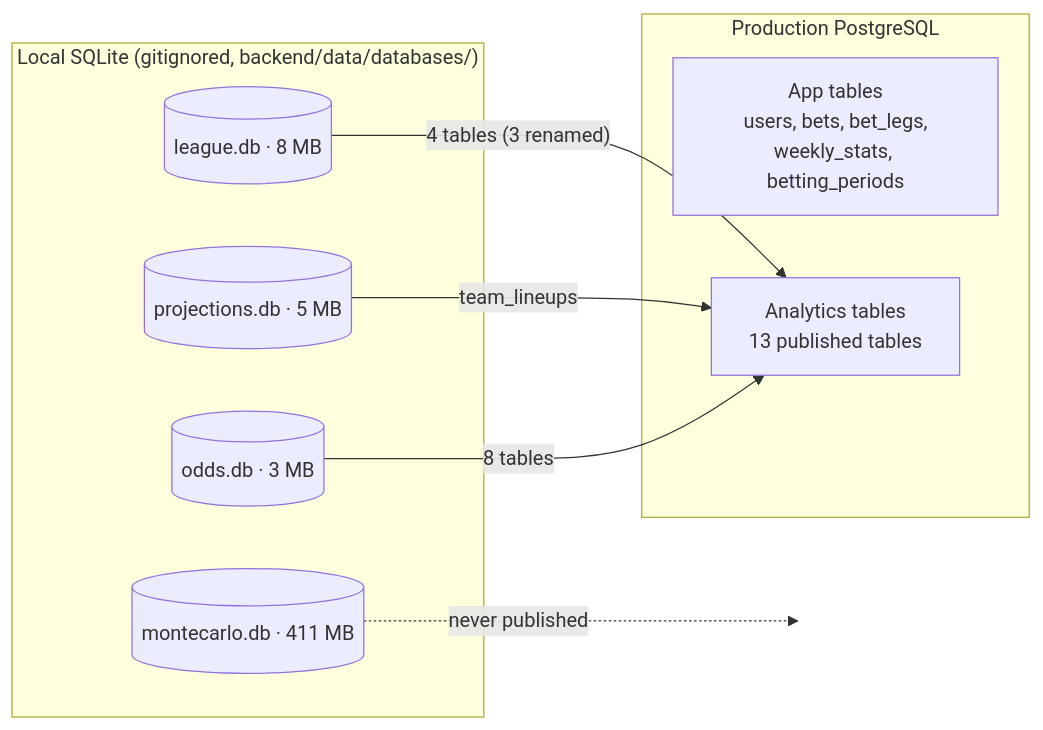
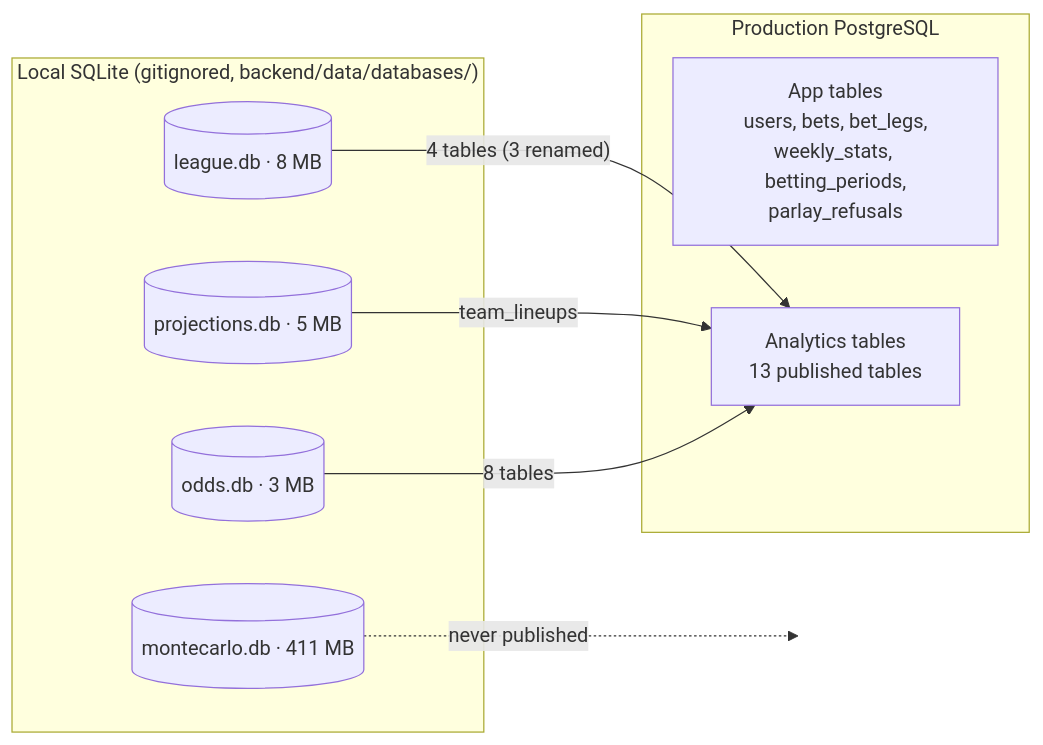
Before and after one commit to sfaizi24/TNCasino: the first of 3 diagrams in docs/architecture/04-data-model.md, drawn with Mermaid. The commit also changed other lines of this file and 3 other files, not shown here.

First line of the commit message:
Document parlays: the joint price, the refusals, settlement with pushed legs, the slip

````diff
--- a/docs/architecture/04-data-model.md
+++ b/docs/architecture/04-data-model.md
@@ -7,18 +7,18 @@
 ```mermaid
 flowchart LR
     subgraph SQLite["Local SQLite (gitignored, backend/data/databases/)"]
         L[(league.db · 8 MB)]
         P[(projections.db · 5 MB)]
         O[(odds.db · 3 MB)]
         M[(montecarlo.db · 411 MB)]
     end
     subgraph PG["Production PostgreSQL"]
-        APPT[App tables<br/>users, bets, bet_legs,<br/>weekly_stats, betting_periods]
+        APPT[App tables<br/>users, bets, bet_legs,<br/>weekly_stats, betting_periods,<br/>parlay_refusals]
         ANT[Analytics tables<br/>13 published tables]
     end
     L -- "4 tables (3 renamed)" --> ANT
     P -- team_lineups --> ANT
     O -- 8 tables --> ANT
     M -. never published .-> X[ ]
     style X fill:none,stroke:none
 ```
````
